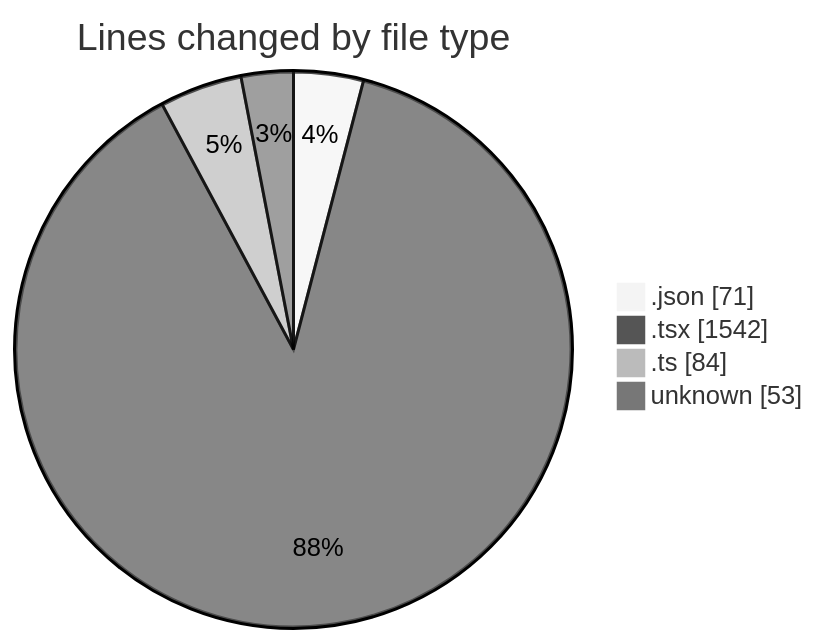
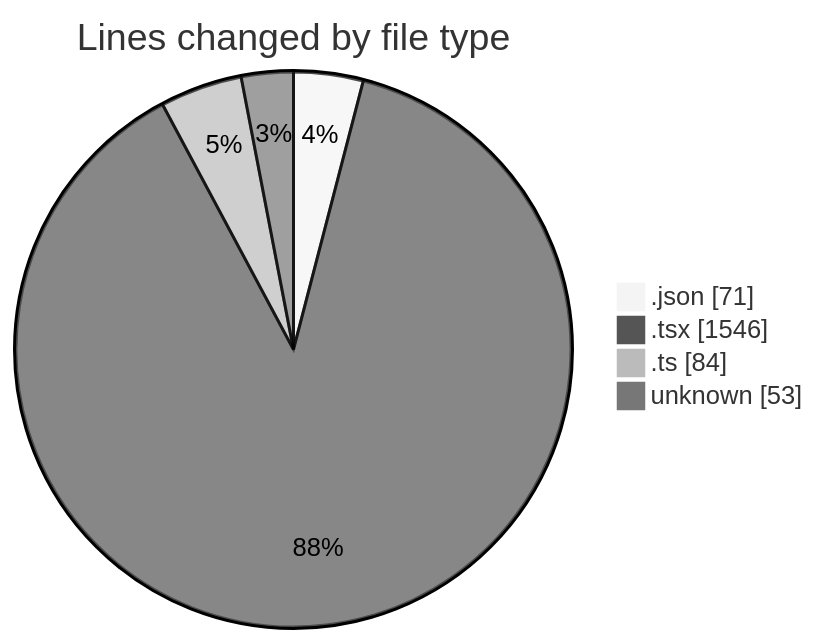
Before and after one commit to momahboobian/code-tracking: the first of 2 diagrams in 2026-01-29/cda/README.md, drawn with Mermaid (neutral theme). The commit also changed other lines of this file and 1 other file, not shown here.

````diff
--- a/2026-01-29/cda/README.md
+++ b/2026-01-29/cda/README.md
@@ -23,8 +23,8 @@
 ```mermaid
 pie showData
 title Lines changed by file type
 ".json" : 71
-".tsx" : 1542
+".tsx" : 1546
 ".ts" : 84
 "unknown" : 53
 ```
````
